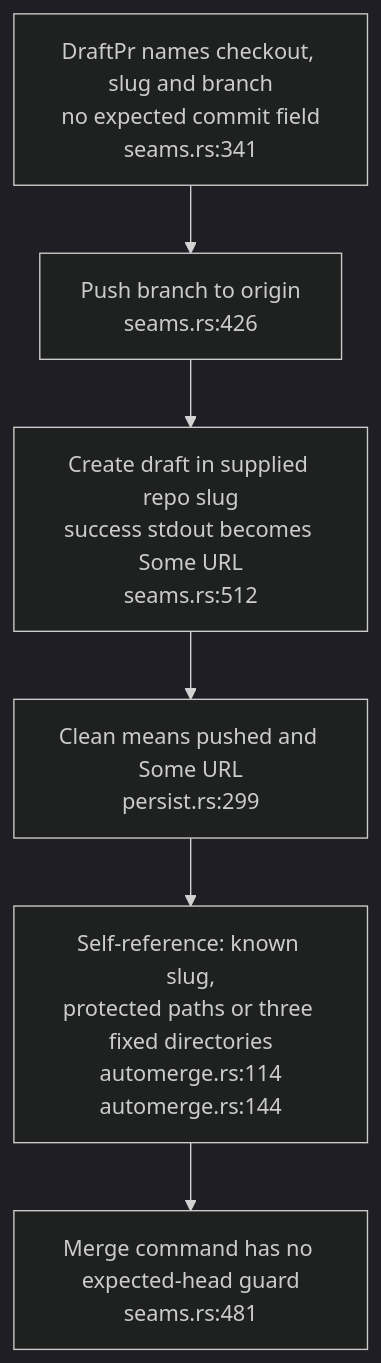
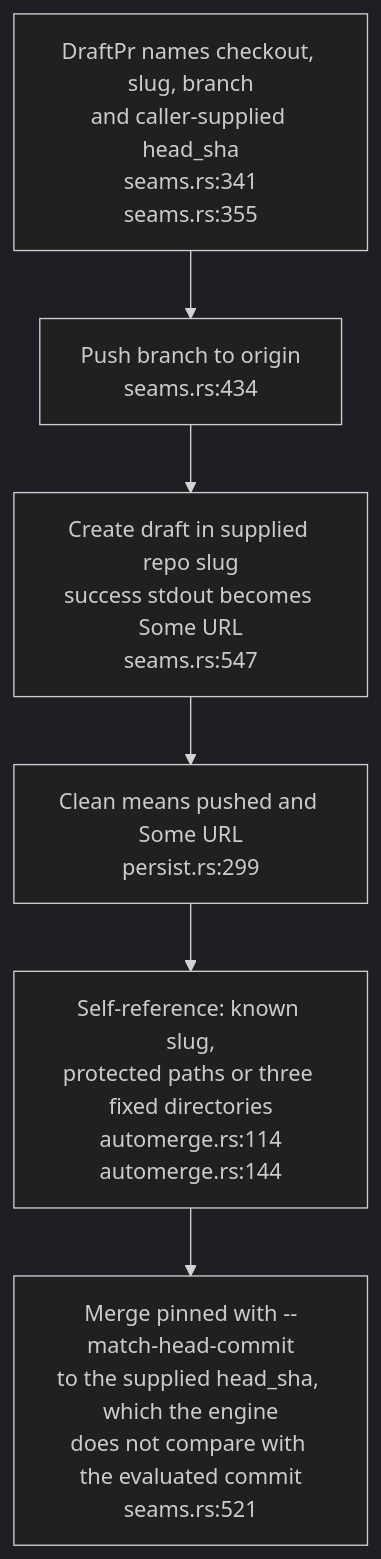
One commit to DreamLab-AI/VisionFlow changed the third of 3 diagrams in docs/diagrams/dream-engine/04-forge-and-seam-contracts.md. Above: the diagram before and after it, drawn with Mermaid (dark theme). The commit also changed other lines of this file and 8 other files, not shown here.

````diff
--- a/docs/diagrams/dream-engine/04-forge-and-seam-contracts.md
+++ b/docs/diagrams/dream-engine/04-forge-and-seam-contracts.md
@@ -62,8 +64,8 @@
 ```mermaid
 flowchart TB
-    REQUEST["DraftPr names checkout, slug and branch<br/>no expected commit field<br/>seams.rs:341"] --> PUSH["Push branch to origin<br/>seams.rs:426"]
-    PUSH --> CREATE["Create draft in supplied repo slug<br/>success stdout becomes Some URL<br/>seams.rs:512"]
+    REQUEST["DraftPr names checkout, slug, branch<br/>and caller-supplied head_sha<br/>seams.rs:341<br/>seams.rs:355"] --> PUSH["Push branch to origin<br/>seams.rs:434"]
+    PUSH --> CREATE["Create draft in supplied repo slug<br/>success stdout becomes Some URL<br/>seams.rs:547"]
     CREATE --> CLEAN["Clean means pushed and Some URL<br/>persist.rs:299"]
     CLEAN --> SELF["Self-reference: known slug,<br/>protected paths or three fixed directories<br/>automerge.rs:114<br/>automerge.rs:144"]
-    SELF --> HEAD["Merge command has no expected-head guard<br/>seams.rs:481"]
+    SELF --> HEAD["Merge pinned with --match-head-commit<br/>to the supplied head_sha, which the engine<br/>does not compare with the evaluated commit<br/>seams.rs:521"]
 ```
````
